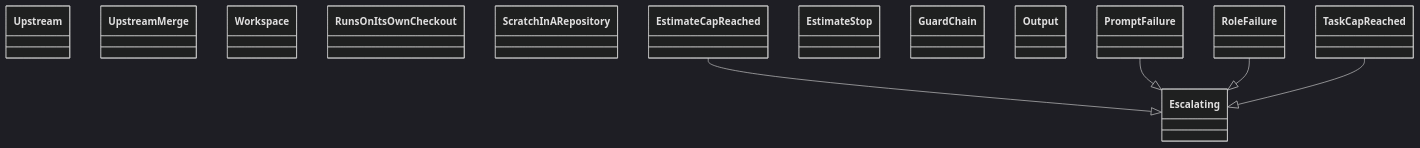
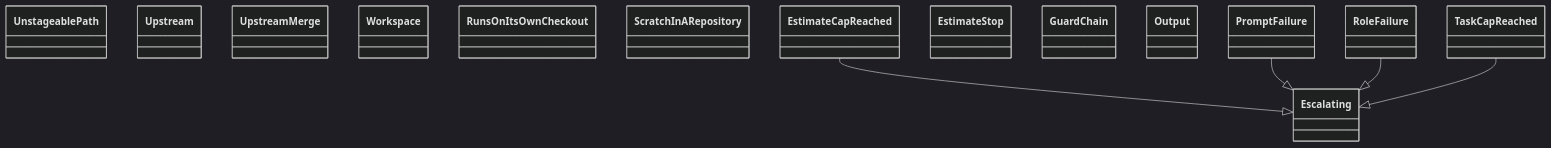
One commit to GonzaloZevallos/agentic-system changed the diagram in docs/architecture/generated/classes-process-application-support-6.md. Above: the diagram before and after it, drawn with Mermaid (dark theme). The commit also changed other lines of this file and 10 other files, not shown here.

Commit message:
Regenerate the architecture docs for the check-run log

````diff
--- a/docs/architecture/generated/classes-process-application-support-6.md
+++ b/docs/architecture/generated/classes-process-application-support-6.md
@@ -16,20 +16,21 @@
 ```mermaid
 classDiagram
+    class ports__UnstageablePath["UnstageablePath"]
     class ports__Upstream["Upstream"]
     class ports__UpstreamMerge["UpstreamMerge"]
     class ports__Workspace["Workspace"]
     class preflight__RunsOnItsOwnCheckout["RunsOnItsOwnCheckout"]
     class preflight__ScratchInARepository["ScratchInARepository"]
     class run_role__Escalating["Escalating"]
     class run_role__EstimateCapReached["EstimateCapReached"]
     class run_role__EstimateStop["EstimateStop"]
     class run_role__GuardChain["GuardChain"]
     class run_role__Output["Output"]
     class run_role__PromptFailure["PromptFailure"]
     class run_role__RoleFailure["RoleFailure"]
     class run_role__TaskCapReached["TaskCapReached"]
     run_role__EstimateCapReached --|> run_role__Escalating
     run_role__PromptFailure --|> run_role__Escalating
     run_role__RoleFailure --|> run_role__Escalating
     run_role__TaskCapReached --|> run_role__Escalating
 ```
````
